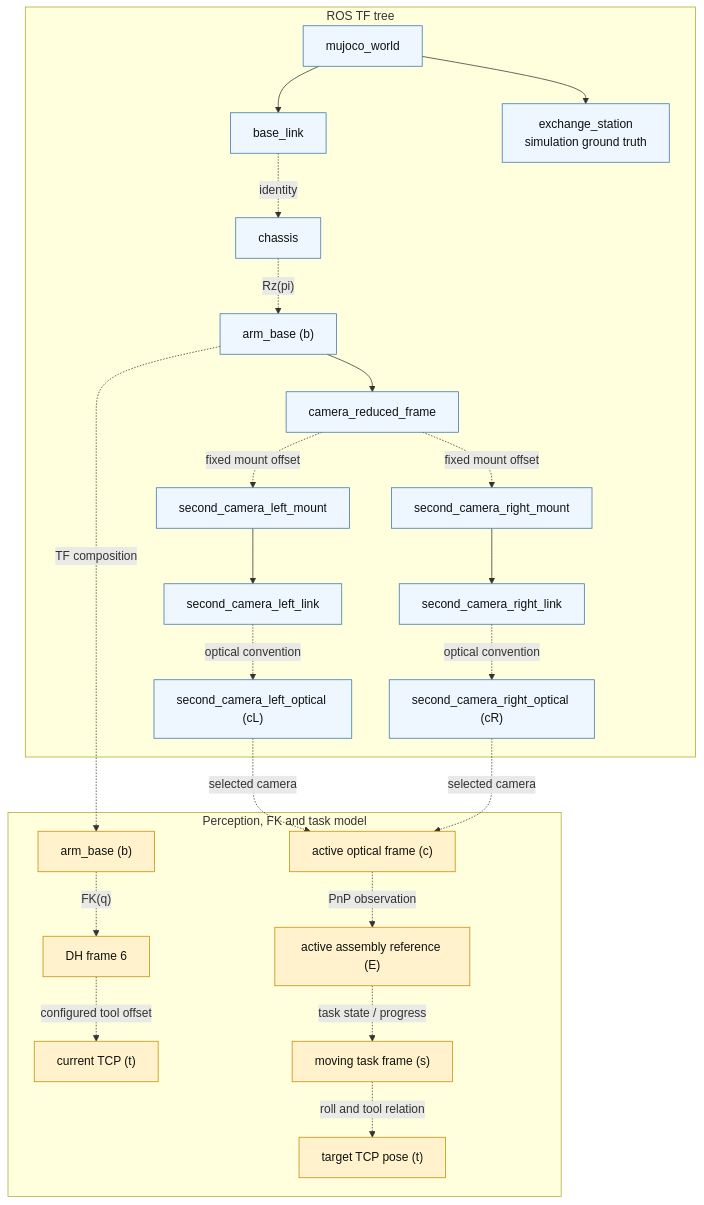
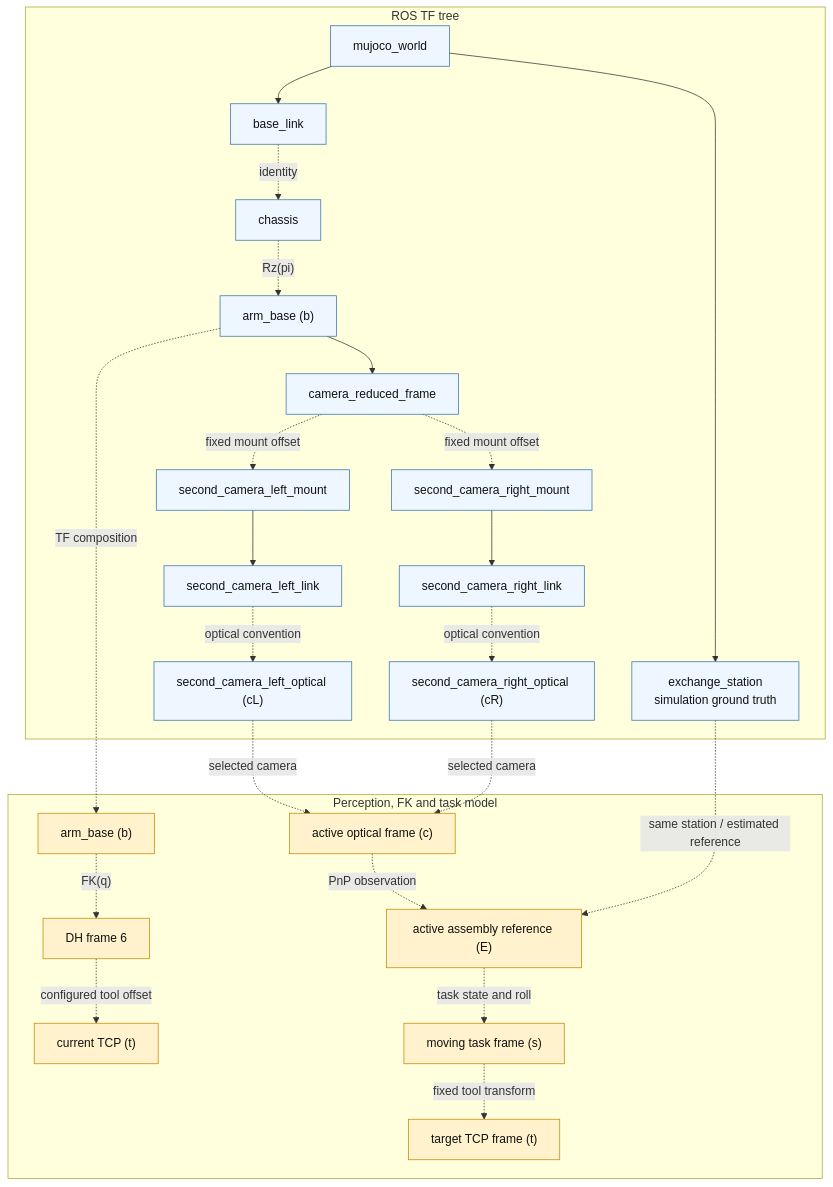
Before and after one commit to hkustenterprize/RM2026-Engineer-Assembly-Algorithm: the diagram in runtime/sim/arm_exchange_sim/README.md, drawn with Mermaid. The commit also changed other lines of this file and 3 other files, not shown here.

Commit message:
document core architecture and force feedforward

````diff
--- a/runtime/sim/arm_exchange_sim/README.md
+++ b/runtime/sim/arm_exchange_sim/README.md
@@ -101,33 +141,34 @@
 ```mermaid
 flowchart TD
   subgraph tf["ROS TF tree"]
     world["mujoco_world"] --> base["base_link"]
-    world --> station_gt["exchange_station<br/>simulation ground truth"]
+    world --> station_gt["exchange_station<br/> simulation ground truth"]
     base -. identity .-> chassis["chassis"]
     chassis -. "Rz(pi)" .-> arm["arm_base (b)"]
     arm --> reduced["camera_reduced_frame"]
     reduced -. fixed mount offset .-> lm["second_camera_left_mount"]
     reduced -. fixed mount offset .-> rm["second_camera_right_mount"]
     lm --> ll["second_camera_left_link"]
     rm --> rl["second_camera_right_link"]
     ll -. optical convention .-> lo["second_camera_left_optical (cL)"]
     rl -. optical convention .-> ro["second_camera_right_optical (cR)"]
   end
 
   subgraph model["Perception, FK and task model"]
     optical["active optical frame (c)"] -. "PnP observation" .-> reference["active assembly reference (E)"]
     arm_model["arm_base (b)"] -. "FK(q)" .-> frame6["DH frame 6"]
     frame6 -. "configured tool offset" .-> tcp["current TCP (t)"]
-    reference -. "task state / progress" .-> task["moving task frame (s)"]
-    task -. "roll and tool relation" .-> target["target TCP pose (t)"]
+    reference -. "task state and roll" .-> task["moving task frame (s)"]
+    task -. "fixed tool transform" .-> target["target TCP frame (t)"]
   end
 
+  station_gt -. "same station / estimated reference" .-> reference
   lo -. "selected camera" .-> optical
   ro -. "selected camera" .-> optical
   arm -. "TF composition" .-> arm_model
 
   classDef tfFrame fill:#eef6ff,stroke:#3973ac,color:#111;
   classDef modelFrame fill:#fff2cc,stroke:#c58a00,color:#111;
   class world,base,station_gt,chassis,arm,reduced,lm,rm,ll,rl,lo,ro tfFrame;
   class optical,reference,arm_model,frame6,tcp,task,target modelFrame;
 ```
````
